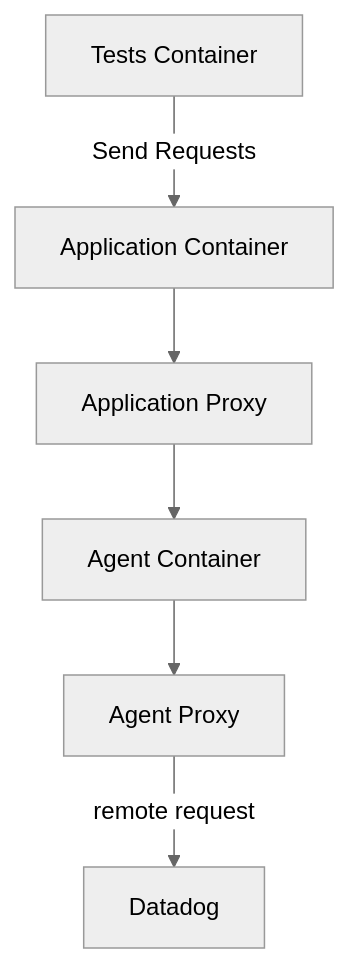
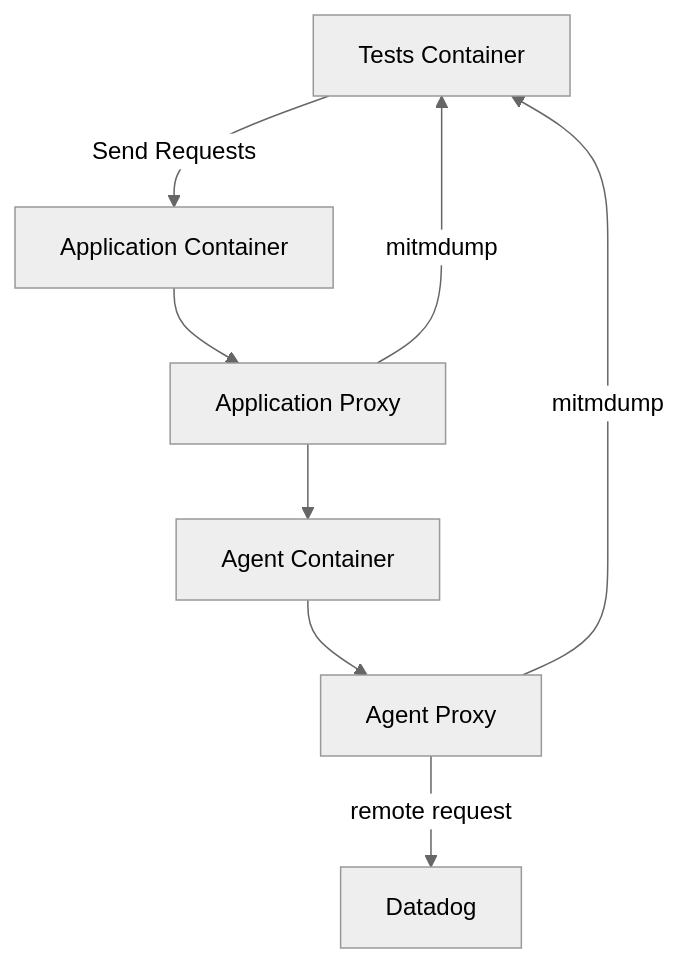
The first of 2 diagrams in docs/architecture/overview.md (DataDog/system-tests), drawn with Mermaid (neutral theme) before and after one commit.

Commit message:
mitm loopback visual

````diff
--- a/docs/architecture/overview.md
+++ b/docs/architecture/overview.md
@@ -31,9 +31,11 @@
 ```mermaid
 flowchart TD
     TESTS[Tests Container] -->|Send Requests| APP
     APP[Application Container] --> APPPROXY
     APPPROXY[Application Proxy] --> AGENT
+    APPPROXY -->|mitmdump| TESTS
     AGENT[Agent Container] --> AGENTPROXY
     AGENTPROXY[Agent Proxy] -->|remote request| BACKEND
+    AGENTPROXY -->|mitmdump| TESTS
     BACKEND[Datadog]
 ```
````
